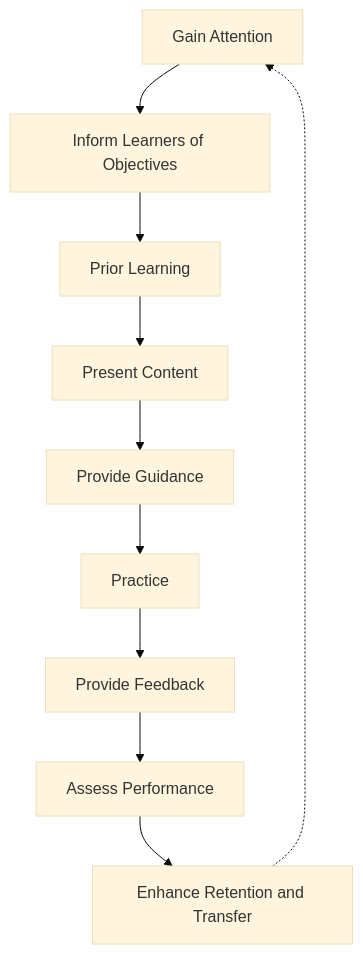
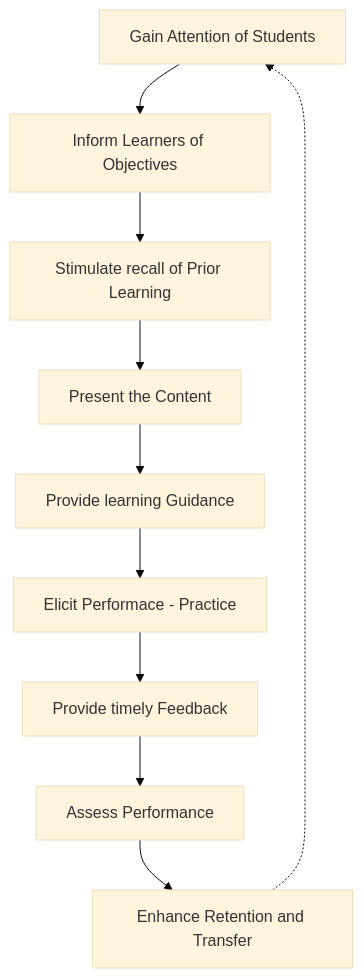
The fourth of 6 diagrams in _posts/Foundation/A-agile_classroom/2025-08-16-agile_design_thinking.md (whitelunarium/pages_fork), drawn with Mermaid (base theme) before and after one commit. The commit also changed other lines of this file and 1 other file, not shown here.

````diff
--- a/_posts/Foundation/A-agile_classroom/2025-08-16-agile_design_thinking.md
+++ b/_posts/Foundation/A-agile_classroom/2025-08-16-agile_design_thinking.md
@@ -257,12 +269,12 @@
 ```mermaid
 flowchart TD
-  A[Gain Attention] --> B[Inform Learners of Objectives]
-  B --> C[Prior Learning]
-  C --> D[Present Content]
-  D --> E[Provide Guidance]
-  E --> F[Practice]
-  F --> G[Provide Feedback]
+  A[Gain Attention of Students] --> B[Inform Learners of Objectives]
+  B --> C[Stimulate recall of Prior Learning]
+  C --> D[Present the Content]
+  D --> E[Provide learning Guidance]
+  E --> F[Elicit Performace - Practice]
+  F --> G[Provide timely Feedback]
   G --> H[Assess Performance]
   H --> I[Enhance Retention and Transfer]
   I -.-> A
 ```
````
